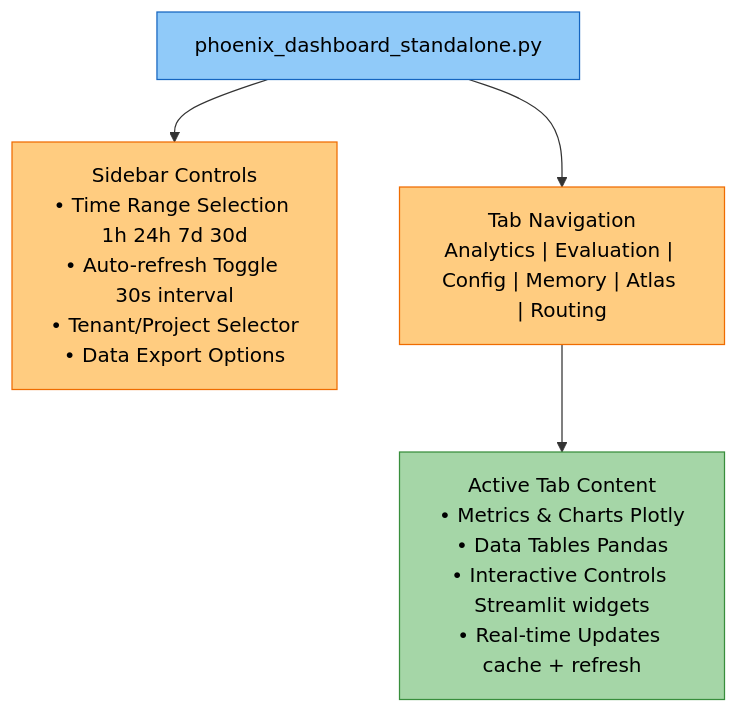
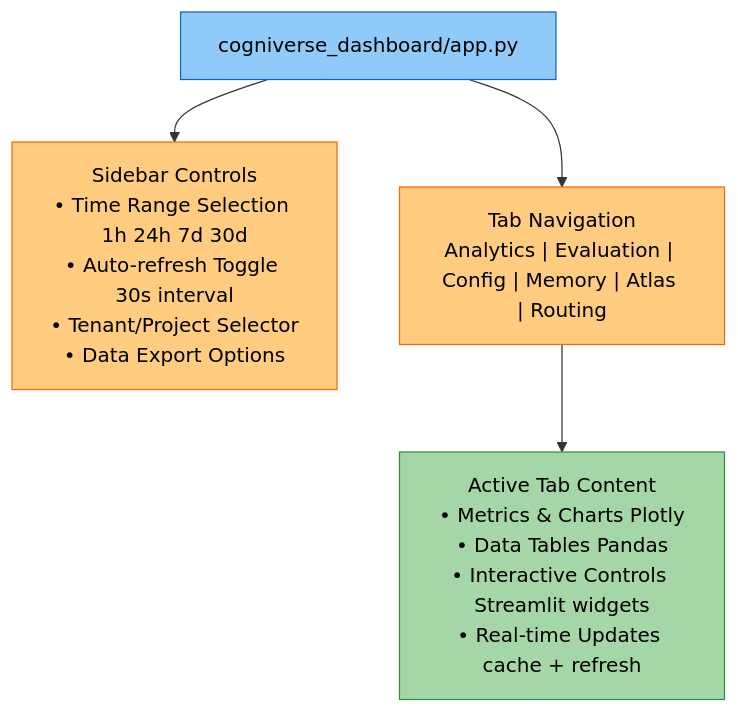
One commit to amit-jain/cogniverse changed the first of 3 diagrams in docs/development/ui-dashboard.md. Above: the diagram before and after it, drawn with Mermaid. The commit also changed other lines of this file and 32 other files, not shown here.

First line of the commit message:
Move dashboard tabs into cogniverse_dashboard package

````diff
--- a/docs/development/ui-dashboard.md
+++ b/docs/development/ui-dashboard.md
@@ -75,19 +70,19 @@
 ```mermaid
 flowchart TB
-    Dashboard["<span style='color:#000'>phoenix_dashboard_standalone.py</span>"]
+    Dashboard["<span style='color:#000'>cogniverse_dashboard/app.py</span>"]
 
     Sidebar["<span style='color:#000'>Sidebar Controls<br/>• Time Range Selection 1h 24h 7d 30d<br/>• Auto-refresh Toggle 30s interval<br/>• Tenant/Project Selector<br/>• Data Export Options</span>"]
 
     Tabs["<span style='color:#000'>Tab Navigation<br/>Analytics | Evaluation | Config | Memory | Atlas | Routing</span>"]
 
     Content["<span style='color:#000'>Active Tab Content<br/>• Metrics & Charts Plotly<br/>• Data Tables Pandas<br/>• Interactive Controls Streamlit widgets<br/>• Real-time Updates cache + refresh</span>"]
 
     Dashboard --> Sidebar
     Dashboard --> Tabs
     Tabs --> Content
 
     style Dashboard fill:#90caf9,stroke:#1565c0,color:#000
     style Sidebar fill:#ffcc80,stroke:#ef6c00,color:#000
     style Tabs fill:#ffcc80,stroke:#ef6c00,color:#000
     style Content fill:#a5d6a7,stroke:#388e3c,color:#000
 ```
````
